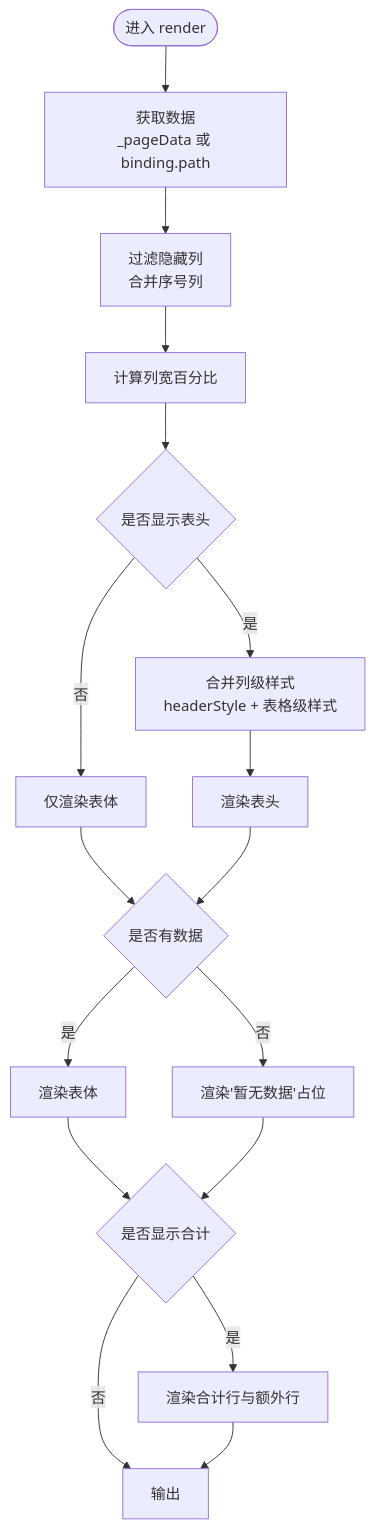
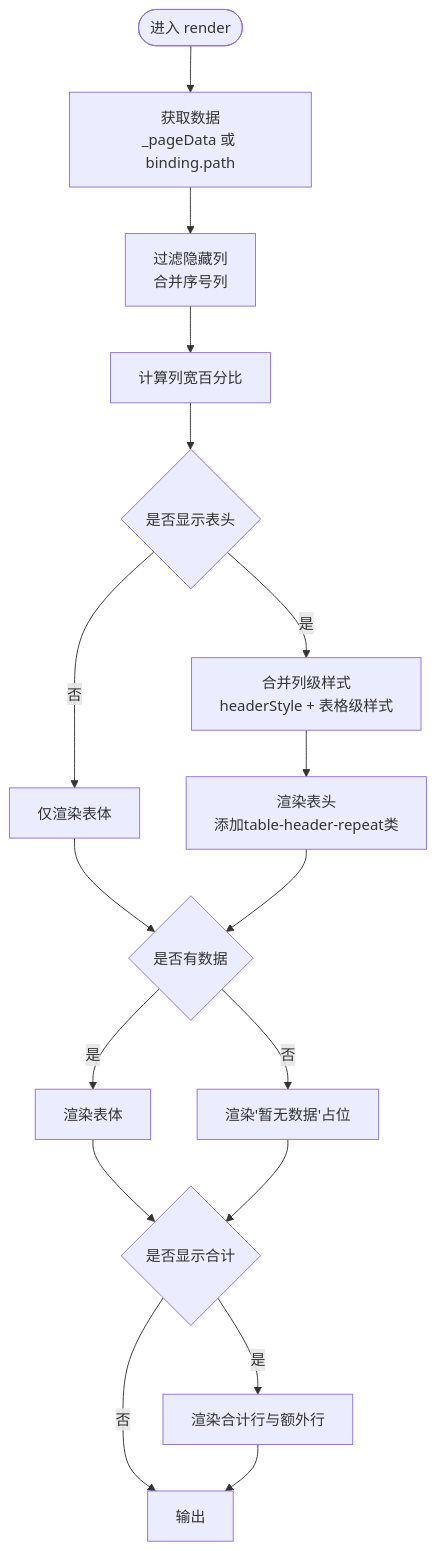
One commit to joker-yjc/printer changed the third of 5 diagrams in .qoder/repowiki/zh/content/项目概述/核心特性/组件库系统/表格组件.md. Above: the diagram before and after it, drawn with Mermaid. The commit also changed other lines of this file and 61 other files, not shown here.

````diff
--- a/.qoder/repowiki/zh/content/项目概述/核心特性/组件库系统/表格组件.md
+++ b/.qoder/repowiki/zh/content/项目概述/核心特性/组件库系统/表格组件.md
@@ -161,19 +171,19 @@
 ```mermaid
 flowchart TD
 Start(["进入 render"]) --> GetData["获取数据<br/>_pageData 或 binding.path"]
 GetData --> GetCols["过滤隐藏列<br/>合并序号列"]
 GetCols --> WidthCalc["计算列宽百分比"]
 WidthCalc --> HeaderCheck{"是否显示表头"}
 HeaderCheck --> |是| MergeStyles["合并列级样式<br/>headerStyle + 表格级样式"]
 HeaderCheck --> |否| BodyOnly["仅渲染表体"]
-MergeStyles --> RenderHeader["渲染表头<th>"]
+MergeStyles --> RenderHeader["渲染表头<th><br/>添加table-header-repeat类"]
 BodyOnly --> BodyCheck{"是否有数据"}
 RenderHeader --> BodyCheck
 BodyCheck --> |是| RenderBody["渲染表体<tr><td>"]
 BodyCheck --> |否| NoData["渲染'暂无数据'占位"]
 RenderBody --> SummaryCheck{"是否显示合计"}
 NoData --> SummaryCheck
 SummaryCheck --> |是| RenderSummary["渲染合计行与额外行"]
 SummaryCheck --> |否| Done["输出<table>"]
 RenderSummary --> Done
 ```
````
